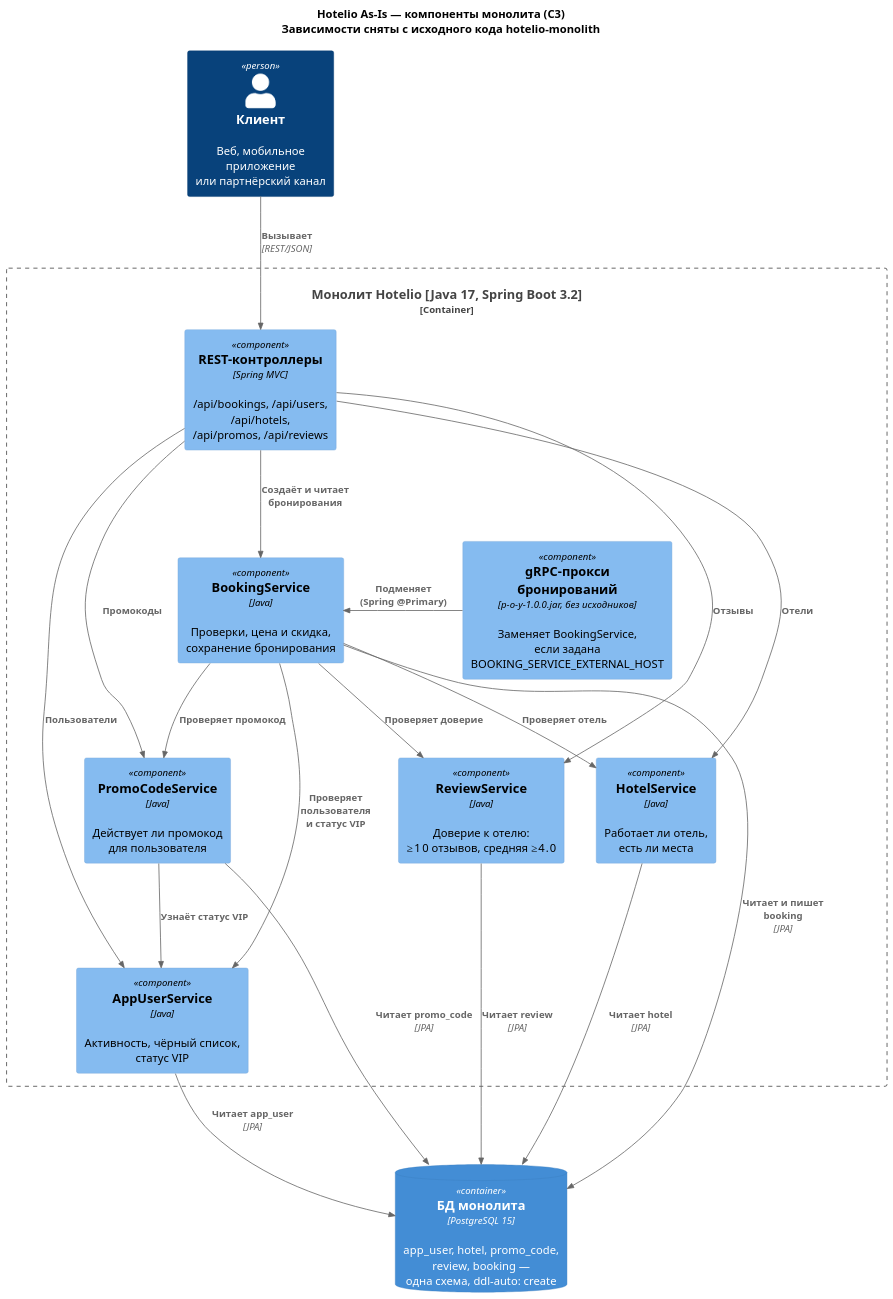
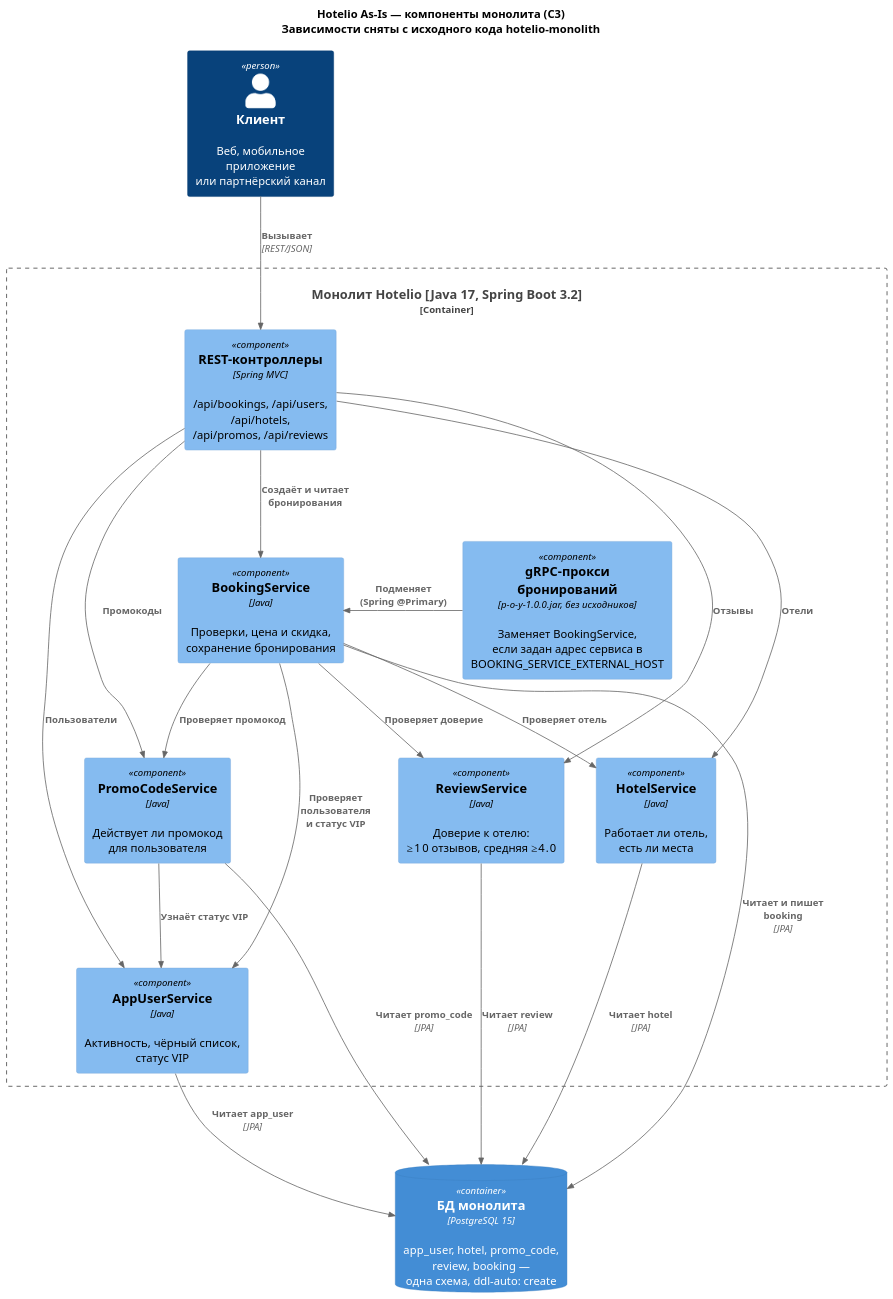
Before and after one commit to rozhkovsvyat/msa-sprint2: the diagram in tasks/task1/results/diagrams/as-is-components.puml, drawn with PlantUML. The commit also changed 8 other files, not shown here.

Commit message:
AI-LOG и схемы задания 1: решения автора по журналу, откат прокси через false, подписи без наложений

```diff
--- a/tasks/task1/results/diagrams/as-is-components.puml
+++ b/tasks/task1/results/diagrams/as-is-components.puml
@@ -1,48 +1,48 @@
 @startuml
 !include <C4/C4_Component>
 LAYOUT_TOP_DOWN()
 skinparam nodesep 40
 skinparam ranksep 80
 skinparam defaultFontName Arial
 skinparam dpi 130
 show stereotype
 
 title
 Hotelio As-Is — компоненты монолита (C3)
 Зависимости сняты с исходного кода hotelio-monolith
 end title
 
 Person(client, "Клиент", "Веб, мобильное приложение\nили партнёрский канал")
 
 Container_Boundary(mono, "Монолит Hotelio [Java 17, Spring Boot 3.2]") {
   Component(api, "REST-контроллеры", "Spring MVC", "/api/bookings, /api/users, /api/hotels,\n/api/promos, /api/reviews")
   Component(bsvc, "BookingService", "Java", "Проверки, цена и скидка,\nсохранение бронирования")
-  Component(proxy, "gRPC-прокси бронирований", "p-o-y-1.0.0.jar, без исходников", "Заменяет BookingService, если задана\nBOOKING_SERVICE_EXTERNAL_HOST")
+  Component(proxy, "gRPC-прокси бронирований", "p-o-y-1.0.0.jar, без исходников", "Заменяет BookingService,\nесли задан адрес сервиса в\nBOOKING_SERVICE_EXTERNAL_HOST")
   Component(rsvc, "ReviewService", "Java", "Доверие к отелю:\n≥10 отзывов, средняя ≥4.0")
   Component(hsvc, "HotelService", "Java", "Работает ли отель,\nесть ли места")
   Component(psvc, "PromoCodeService", "Java", "Действует ли промокод\nдля пользователя")
   Component(usvc, "AppUserService", "Java", "Активность, чёрный список,\nстатус VIP")
 }
 
 ContainerDb(db, "БД монолита", "PostgreSQL 15", "app_user, hotel, promo_code, review, booking —\nодна схема, ddl-auto: create")
 
 Rel(client, api, "Вызывает", "REST/JSON")
 Rel(api, bsvc, "Создаёт и читает\nбронирования")
 Rel(api, rsvc, "Отзывы")
 Rel(api, hsvc, "Отели")
 Rel(api, psvc, "Промокоды")
 Rel(api, usvc, "Пользователи")
 
 Rel(bsvc, rsvc, "Проверяет доверие")
 Rel(bsvc, hsvc, "Проверяет отель")
 Rel(bsvc, psvc, "Проверяет промокод")
 Rel(bsvc, usvc, "Проверяет пользователя\nи статус VIP")
 Rel(psvc, usvc, "Узнаёт статус VIP")
 Rel_L(proxy, bsvc, "Подменяет\n(Spring @Primary)")
 
 Rel(bsvc, db, "Читает и пишет booking", "JPA")
 Rel(rsvc, db, "Читает review", "JPA")
 Rel(hsvc, db, "Читает hotel", "JPA")
 Rel(psvc, db, "Читает promo_code", "JPA")
 Rel(usvc, db, "Читает app_user", "JPA")
 @enduml
```
